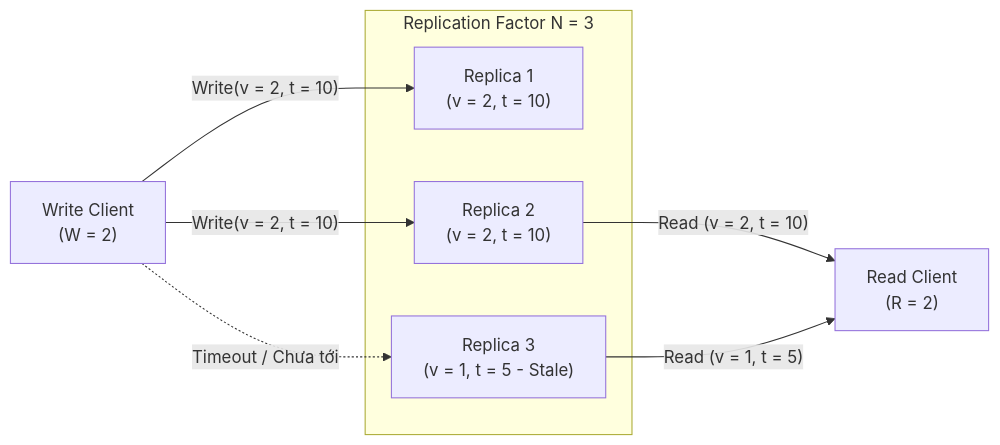
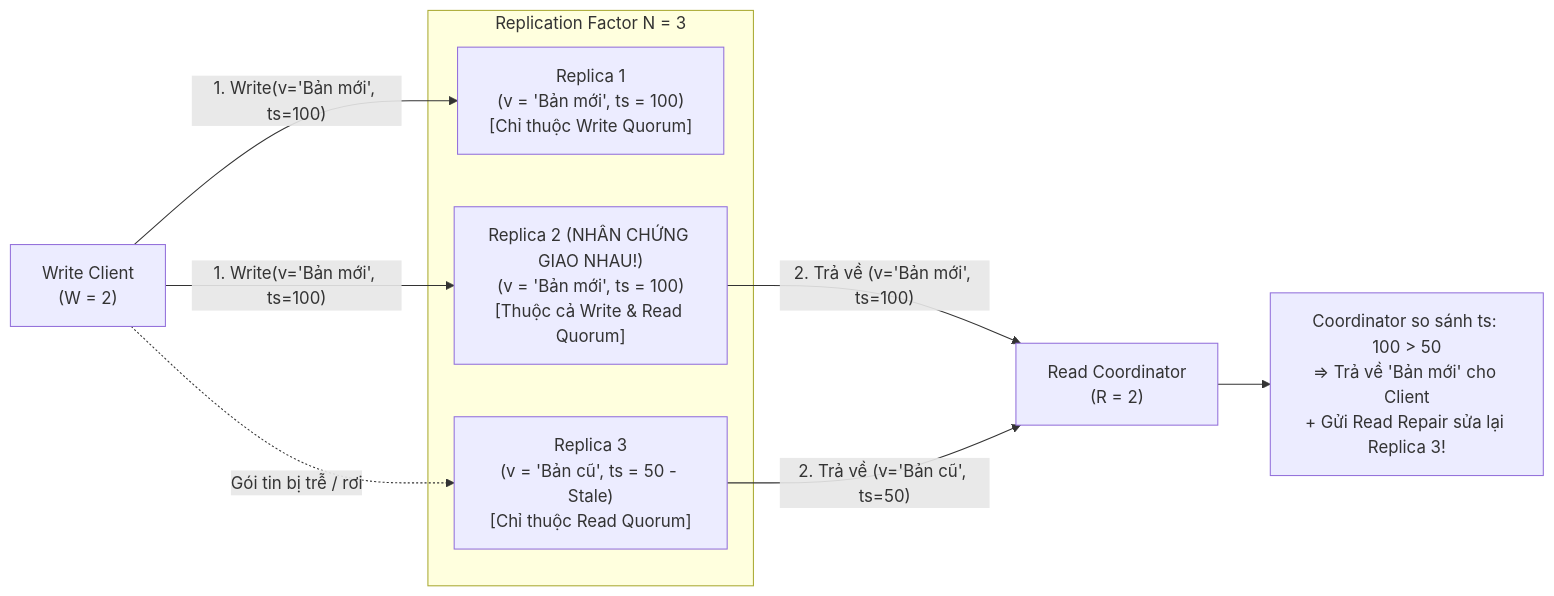
Before and after one commit to namaewanam/namaewanam.github.io: the second of 2 diagrams in docs/Database-Internals-Notes/database-internals-chapter11.vi.md, drawn with Mermaid. The commit also changed other lines of this file and 29 other files, not shown here.

````diff
--- a/docs/Database-Internals-Notes/database-internals-chapter11.vi.md
+++ b/docs/Database-Internals-Notes/database-internals-chapter11.vi.md
@@ -156,15 +449,17 @@
 ```mermaid
 flowchart LR
     subgraph Cluster["Replication Factor N = 3"]
-        R1["Replica 1<br/>(v = 2, t = 10)"]
-        R2["Replica 2<br/>(v = 2, t = 10)"]
-        R3["Replica 3<br/>(v = 1, t = 5 - Stale)"]
+        R1["Replica 1<br/>(v = 'Bản mới', ts = 100)<br/>[Chỉ thuộc Write Quorum]"]
+        R2["Replica 2 (NHÂN CHỨNG GIAO NHAU!)<br/>(v = 'Bản mới', ts = 100)<br/>[Thuộc cả Write & Read Quorum]"]
+        R3["Replica 3<br/>(v = 'Bản cũ', ts = 50 - Stale)<br/>[Chỉ thuộc Read Quorum]"]
     end
 
-    ClientW["Write Client<br/>(W = 2)"] -->|"Write(v = 2, t = 10)"| R1
-    ClientW -->|"Write(v = 2, t = 10)"| R2
-    ClientW -.->|"Timeout / Chưa tới"| R3
+    ClientW["Write Client<br/>(W = 2)"] -->|"1. Write(v='Bản mới', ts=100)"| R1
+    ClientW -->|"1. Write(v='Bản mới', ts=100)"| R2
+    ClientW -.->|"Gói tin bị trễ / rơi"| R3
 
-    R2 -->|"Read (v = 2, t = 10)"| ClientR["Read Client<br/>(R = 2)"]
-    R3 -->|"Read (v = 1, t = 5)"| ClientR
+    R2 -->|"2. Trả về (v='Bản mới', ts=100)"| ClientR["Read Coordinator<br/>(R = 2)"]
+    R3 -->|"2. Trả về (v='Bản cũ', ts=50)"| ClientR
+    Note["Coordinator so sánh ts: 100 > 50<br/>⇒ Trả về 'Bản mới' cho Client<br/>+ Gửi Read Repair sửa lại Replica 3!"]
+    ClientR --> Note
 ```
````
